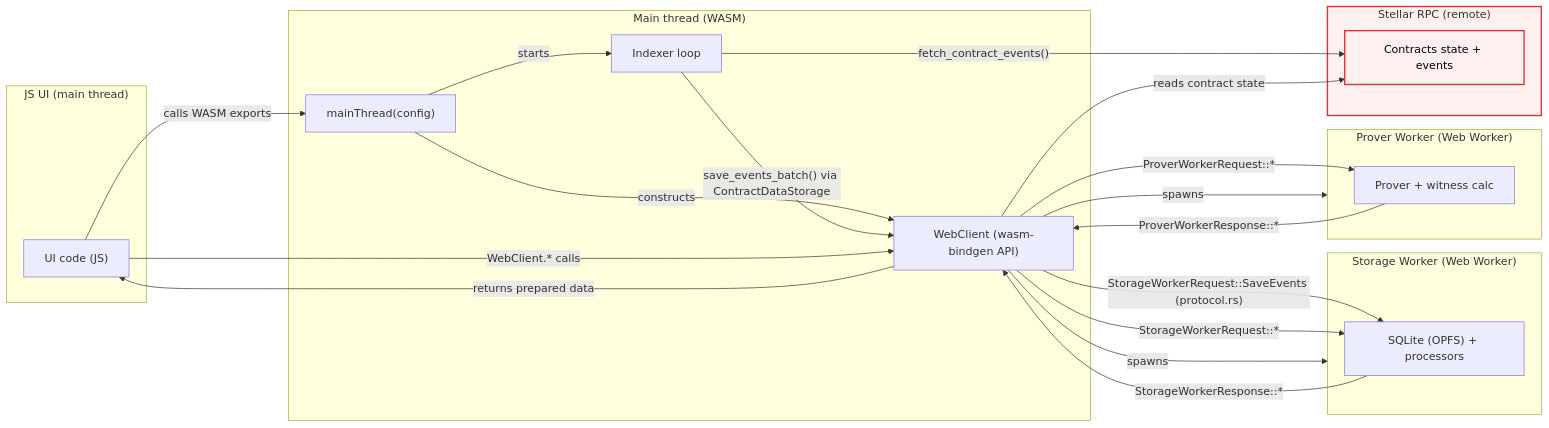
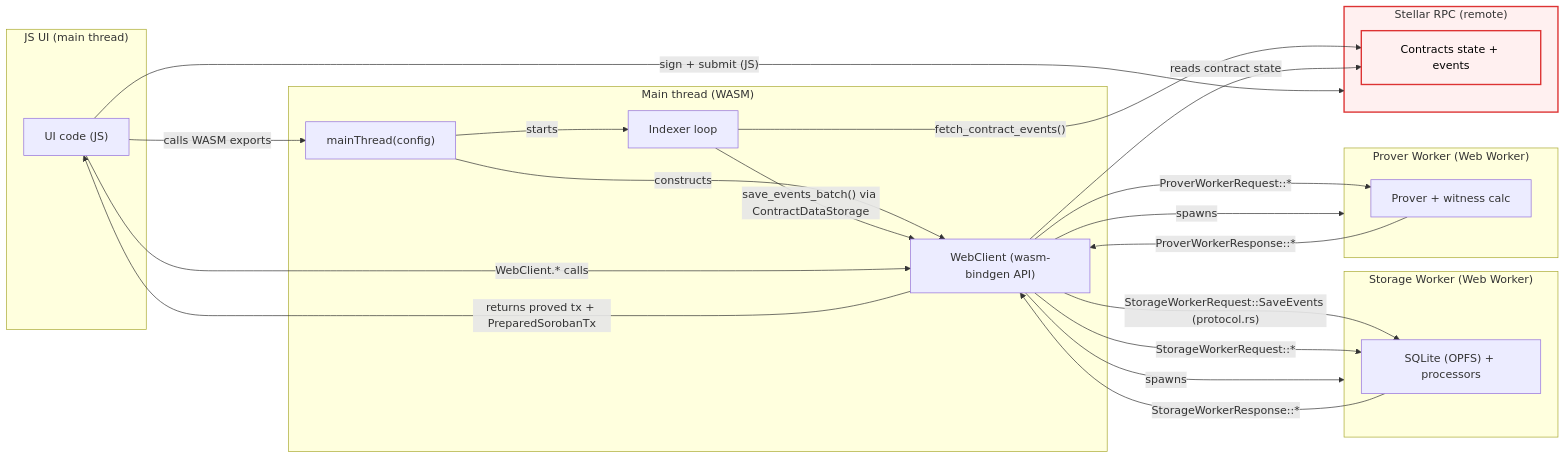
One commit to NethermindEth/stellar-private-payments changed the diagram in app/ARCHITECTURE.md. Above: the diagram before and after it, drawn with Mermaid. The commit also changed 17 other files, not shown here.

````diff
--- a/app/ARCHITECTURE.md
+++ b/app/ARCHITECTURE.md
@@ -62,50 +62,51 @@
 ```mermaid
 flowchart LR
   %% Main thread
   subgraph JS["JS UI (main thread)"]
     UI["UI code (JS)"]
   end
 
   subgraph WASM["Main thread (WASM)"]
     MT["mainThread(config)"]
     WC["WebClient (wasm-bindgen API)"]
     IDX["Indexer loop"]
   end
 
   %% Workers
   subgraph SW["Storage Worker (Web Worker)"]
     DB["SQLite (OPFS) + processors"]
   end
 
   subgraph PW["Prover Worker (Web Worker)"]
     PR["Prover + witness calc"]
   end
 
   %% Remote dependency (not local)
   subgraph RPC["Stellar RPC (remote)"]
     RPCAPI["Contracts state + events"]
   end
 
   UI -->|"calls WASM exports"| MT
   MT -->|"constructs"| WC
 
   WC -->|"spawns"| SW
   WC -->|"spawns"| PW
 
   MT -->|"starts"| IDX
   IDX -->|"fetch_contract_events()"| RPCAPI
   IDX -->|"save_events_batch() via ContractDataStorage"| WC
   WC -->|"StorageWorkerRequest::SaveEvents (protocol.rs)"| DB
 
   UI -->|"WebClient.* calls"| WC
   WC -->|"reads contract state"| RPCAPI
   WC -->|"StorageWorkerRequest::*"| DB
   WC -->|"ProverWorkerRequest::*"| PR
   PR -->|"ProverWorkerResponse::*"| WC
   DB -->|"StorageWorkerResponse::*"| WC
-  WC -->|"returns prepared data"| UI
+  WC -->|"returns proved tx + PreparedSorobanTx"| UI
+  UI -->|"sign + submit (JS)"| RPC
 
   classDef remote fill:#fff0f0,stroke:#d33,stroke-width:2px,color:#000;
   style RPC fill:#fff0f0,stroke:#d33,stroke-width:2px;
   class RPCAPI remote;
 ```
````
